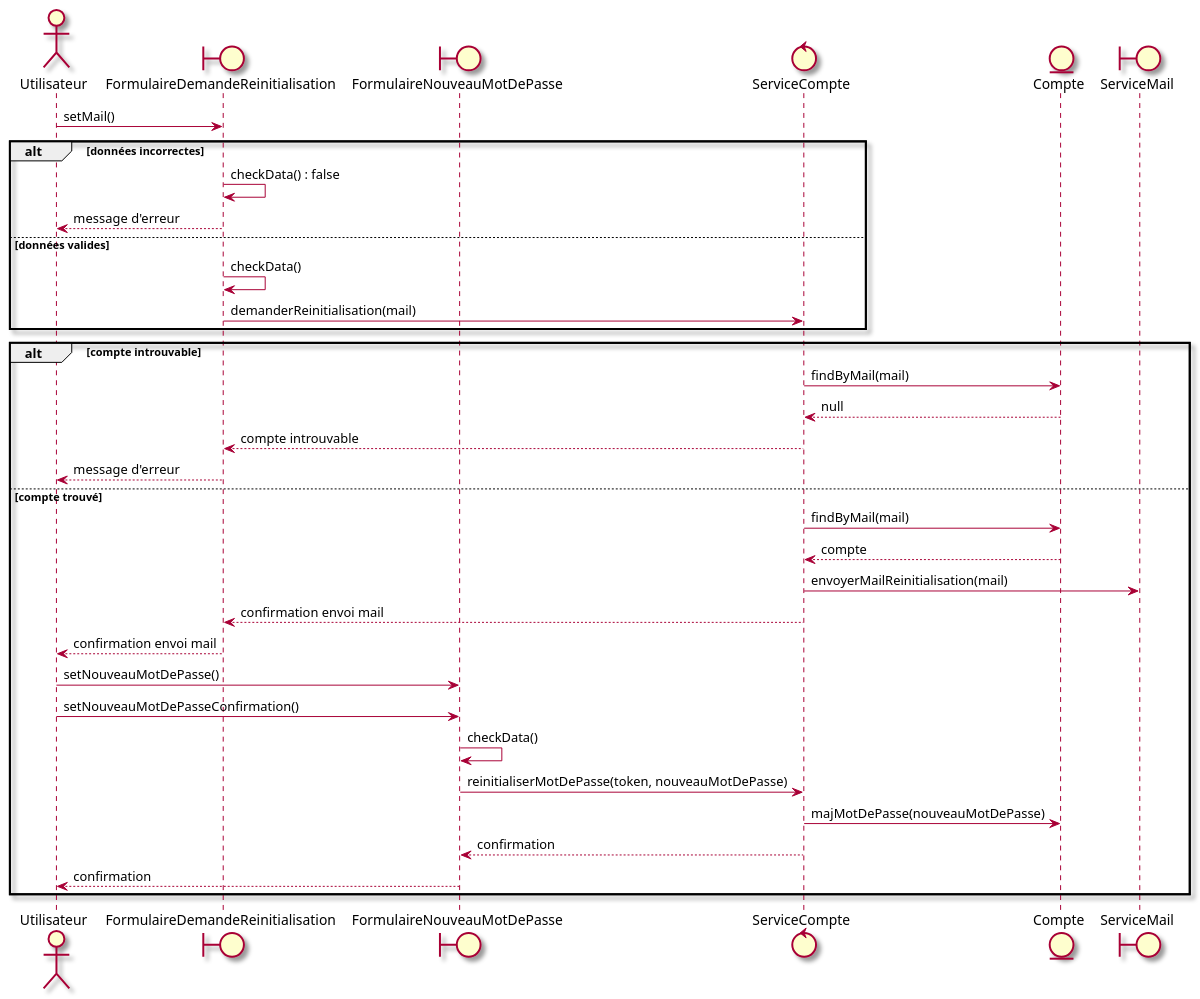
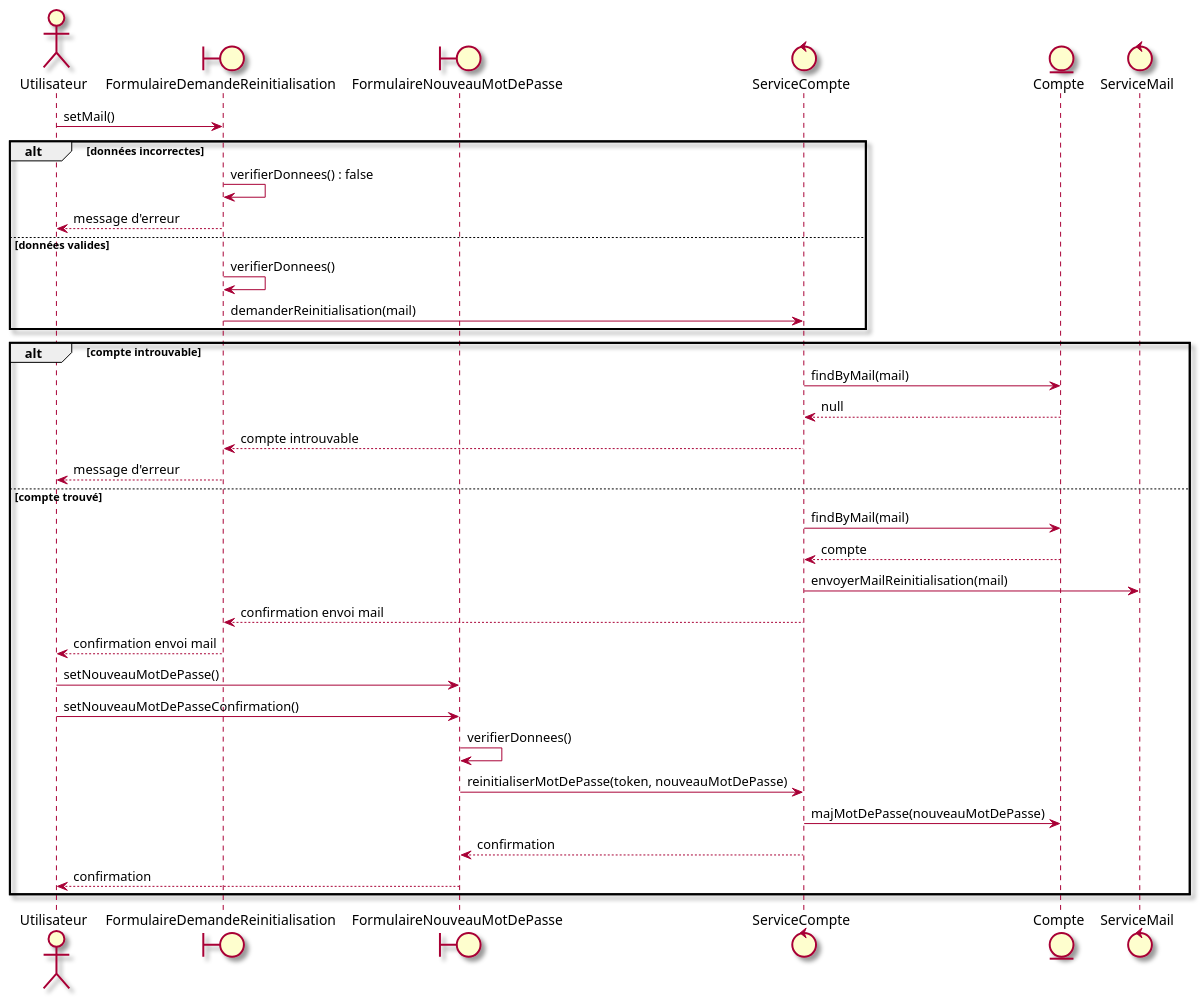
Diagram 13 of 56 in docs/02-Analyse.md (mrajaonson/glg204-room-management-system), drawn with PlantUML before and after one commit. The commit also changed other lines of this file and 2 other files, not shown here.

````diff
--- a/docs/02-Analyse.md
+++ b/docs/02-Analyse.md
@@ -477,39 +477,39 @@
 ```plantuml
 @startuml
 skin rose
 actor Utilisateur as u
 boundary FormulaireDemandeReinitialisation as ui
 boundary FormulaireNouveauMotDePasse as ui2
 control ServiceCompte as svc
 entity Compte as compte
-boundary ServiceMail as mail
+control ServiceMail as mail
 
 u -> ui : setMail()
 alt données incorrectes
-  ui -> ui : checkData() : false
+  ui -> ui : verifierDonnees() : false
   ui --> u : message d'erreur
 else données valides
-  ui -> ui : checkData()
+  ui -> ui : verifierDonnees()
   ui -> svc : demanderReinitialisation(mail)
 end
 alt compte introuvable
   svc -> compte : findByMail(mail)
   compte --> svc : null
   svc --> ui : compte introuvable
   ui --> u : message d'erreur
 else compte trouvé
   svc -> compte : findByMail(mail)
   compte --> svc : compte
   svc -> mail : envoyerMailReinitialisation(mail)
   svc --> ui : confirmation envoi mail
   ui --> u : confirmation envoi mail
   u -> ui2 : setNouveauMotDePasse()
   u -> ui2 : setNouveauMotDePasseConfirmation()
-  ui2 -> ui2 : checkData()
+  ui2 -> ui2 : verifierDonnees()
   ui2 -> svc : reinitialiserMotDePasse(token, nouveauMotDePasse)
   svc -> compte : majMotDePasse(nouveauMotDePasse)
   svc --> ui2 : confirmation
   ui2 --> u : confirmation
 end
 @enduml
 ```
````
